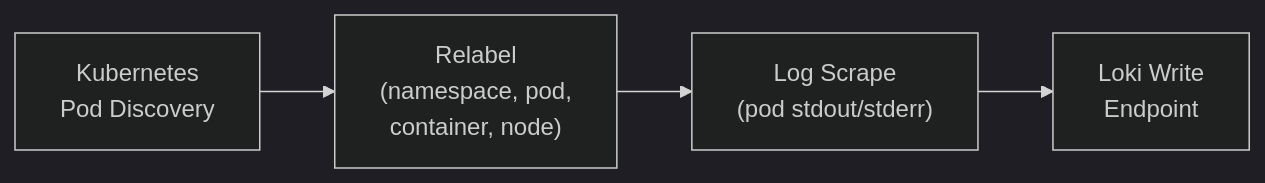
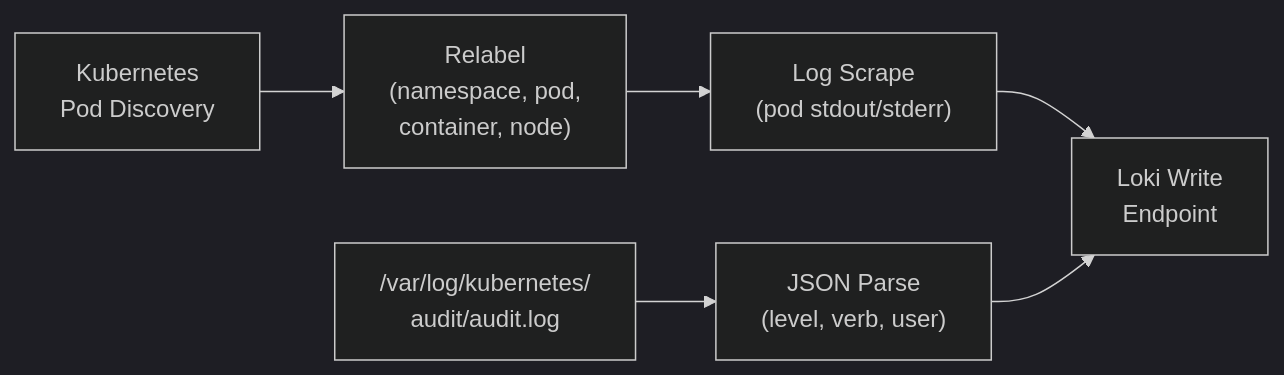
One commit to kyleseneker/homelab changed the second of 3 diagrams in docs/architecture/monitoring.md. Above: the diagram before and after it, drawn with Mermaid (dark theme). The commit also changed other lines of this file and 5 other files, not shown here.

Commit message:
feat(audit): add kubernetes API server audit logging with Alloy collection

````diff
--- a/docs/architecture/monitoring.md
+++ b/docs/architecture/monitoring.md
@@ -124,6 +125,9 @@
 ```mermaid
 flowchart LR
     discovery["Kubernetes\nPod Discovery"] --> relabel["Relabel\n(namespace, pod,\ncontainer, node)"]
     relabel --> logScrape["Log Scrape\n(pod stdout/stderr)"]
     logScrape --> lokiWrite["Loki Write\nEndpoint"]
+
+    auditFile["/var/log/kubernetes/\naudit/audit.log"] --> auditProcess["JSON Parse\n(level, verb, user)"]
+    auditProcess --> lokiWrite
 ```
````
